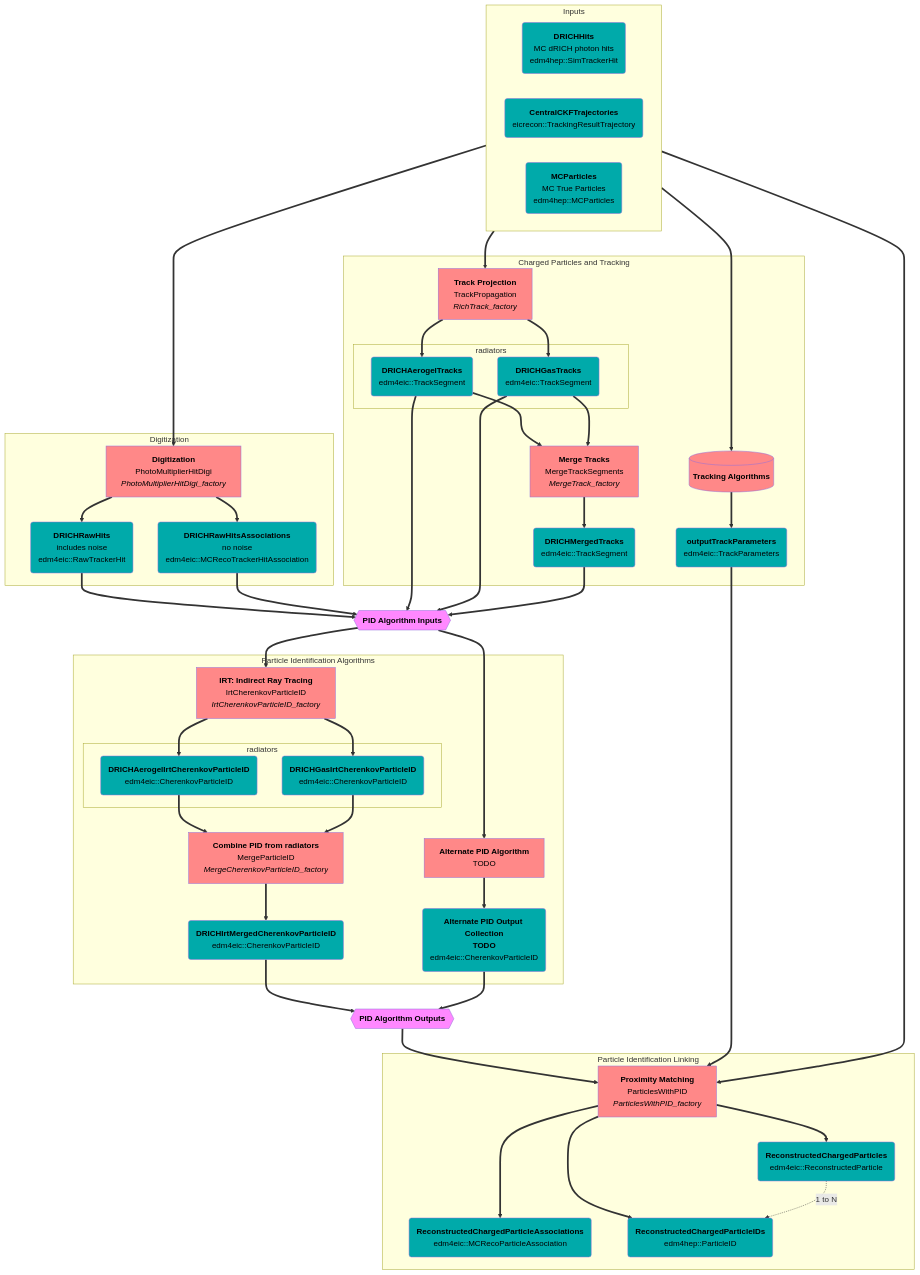
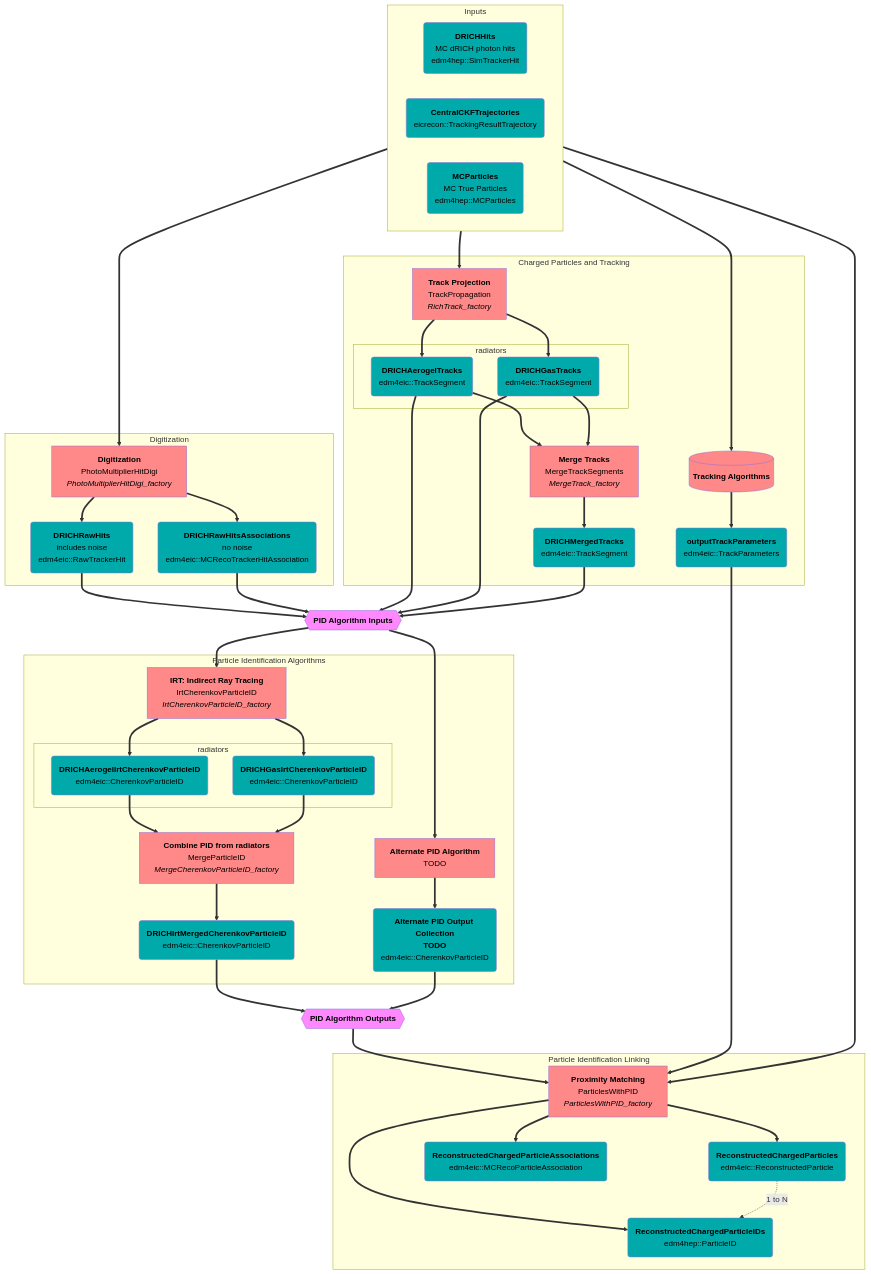
Before and after one commit to eic/EICrecon: the second of 5 diagrams in src/detectors/DRICH/README.md, drawn with Mermaid.

````diff
--- a/src/detectors/DRICH/README.md
+++ b/src/detectors/DRICH/README.md
@@ -121,8 +121,8 @@
   TrackParameters ==> ProxMatch
   MCParts         ==> ProxMatch
   ProxMatch ==> ReconParts
-  ProxMatch ==> ReconPIDs
-  ProxMatch ===> ReconAssocs
+  ProxMatch ===> ReconPIDs
+  ProxMatch ==> ReconAssocs
   ReconParts -.1 to N.-> ReconPIDs
   %%ReconAssocs -.association.- MCParts
 ```
````
